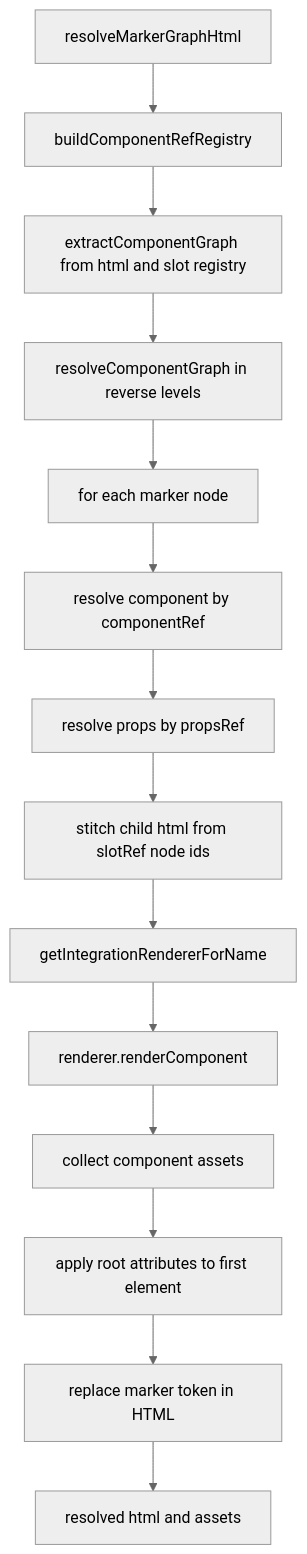
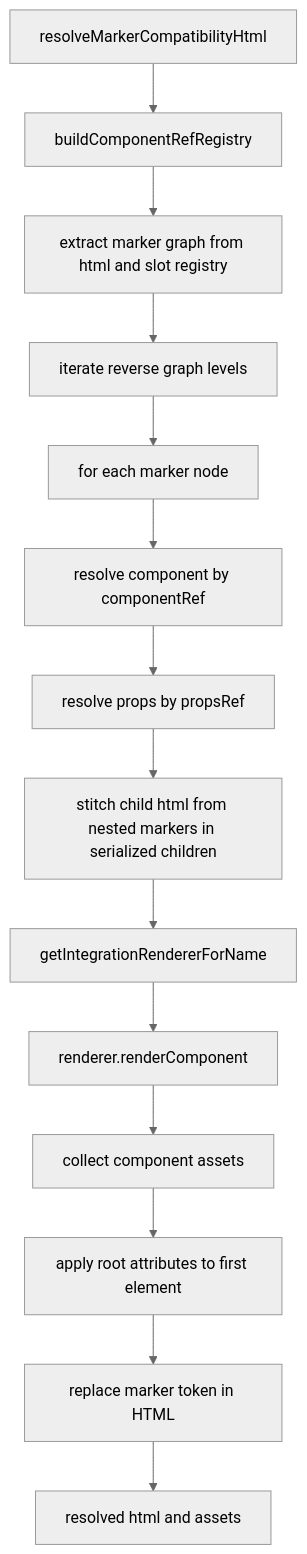
The ninth of 11 diagrams in packages/core/src/route-renderer/GRAPH.md (ecopages/ecopages), drawn with Mermaid (neutral theme) before and after one commit. The commit also changed other lines of this file and 13 other files, not shown here.

````diff
--- a/packages/core/src/route-renderer/GRAPH.md
+++ b/packages/core/src/route-renderer/GRAPH.md
@@ -275,16 +274,16 @@
 ```mermaid
 flowchart TD
-  A[resolveMarkerGraphHtml] --> B[buildComponentRefRegistry]
-  B --> C[extractComponentGraph from html and slot registry]
-  C --> D[resolveComponentGraph in reverse levels]
+  A[resolveMarkerCompatibilityHtml] --> B[buildComponentRefRegistry]
+  B --> C[extract marker graph from html and slot registry]
+  C --> D[iterate reverse graph levels]
   D --> E[for each marker node]
   E --> F[resolve component by componentRef]
   F --> G[resolve props by propsRef]
-  G --> H[stitch child html from slotRef node ids]
+  G --> H[stitch child html from nested markers in serialized children]
   H --> I[getIntegrationRendererForName]
   I --> J[renderer.renderComponent]
   J --> K[collect component assets]
   K --> L[apply root attributes to first element]
   L --> M[replace marker token in HTML]
   M --> N[resolved html and assets]
 ```
````
